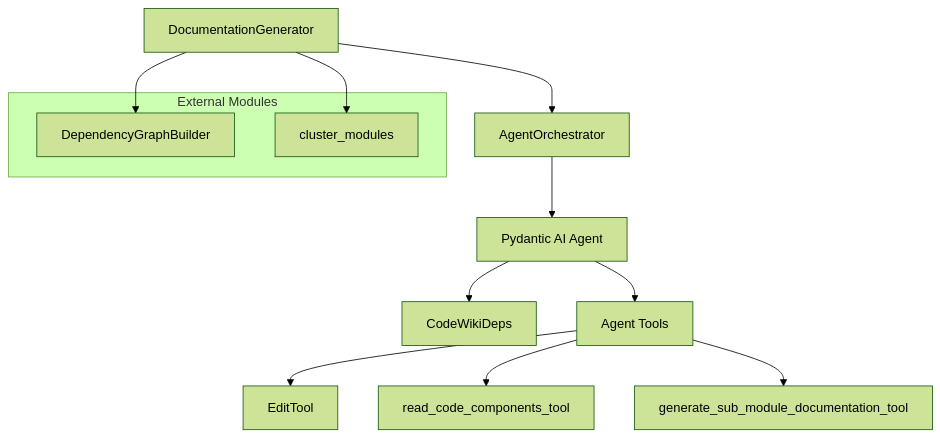
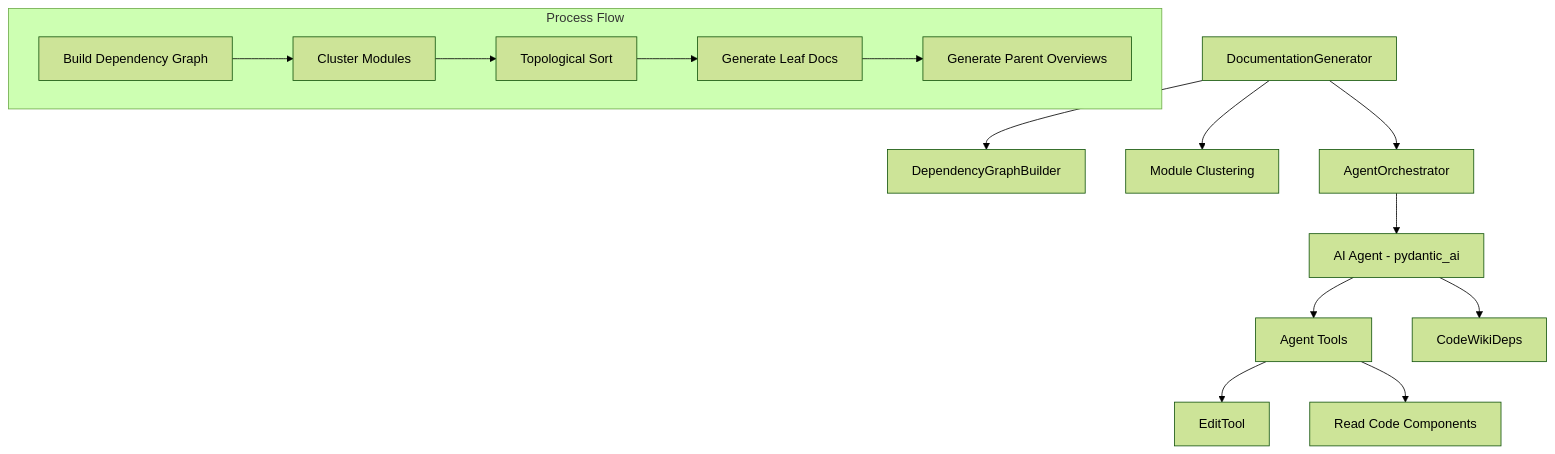
Before and after one commit to kywch/CodeWiki: the diagram in wiki/documentation_engine.md, drawn with Mermaid (forest theme). The commit also changed other lines of this file and 4 other files, not shown here.

````diff
--- a/wiki/documentation_engine.md
+++ b/wiki/documentation_engine.md
@@ -21,17 +23,18 @@
 ```mermaid
 graph TD
-    DG[DocumentationGenerator] --> GB[DependencyGraphBuilder]
-    DG --> CM[cluster_modules]
+    DG[DocumentationGenerator] --> DGB[DependencyGraphBuilder]
+    DG --> CM[Module Clustering]
     DG --> AO[AgentOrchestrator]
-    AO --> AG[Pydantic AI Agent]
-    AG --> D[CodeWikiDeps]
-    AG --> T[Agent Tools]
-    T --> ET[EditTool]
-    T --> RC[read_code_components_tool]
-    T --> GS[generate_sub_module_documentation_tool]
+    AO --> Agent[AI Agent - pydantic_ai]
+    Agent --> Tools[Agent Tools]
+    Tools --> ET[EditTool]
+    Tools --> RCD[Read Code Components]
+    Agent --> Deps[CodeWikiDeps]
     
-    subgraph "External Modules"
-        GB
-        CM
+    subgraph "Process Flow"
+        Step1[Build Dependency Graph] --> Step2[Cluster Modules]
+        Step2 --> Step3[Topological Sort]
+        Step3 --> Step4[Generate Leaf Docs]
+        Step4 --> Step5[Generate Parent Overviews]
     end
 ```
````
